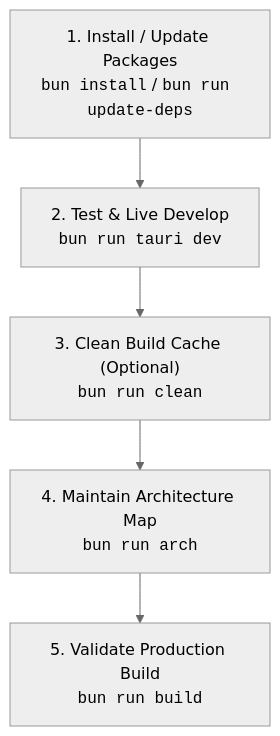
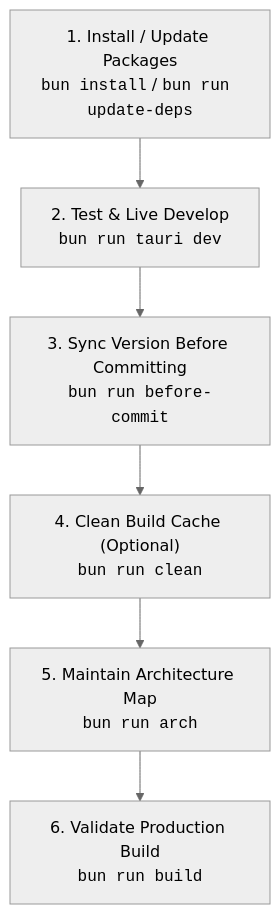
One commit to NairoDorian/Minimalistic_App changed the diagram in README.md. Above: the diagram before and after it, drawn with Mermaid (neutral theme). The commit also changed other lines of this file and 18 other files, not shown here.

First line of the commit message:
feat(v0.8.1): deep audit rounds 6 & 7 — single-source version sync, settings persistence fix, ARIA tab navigation, ubuntu-24.04 CI

````diff
--- a/README.md
+++ b/README.md
@@ -25,7 +25,8 @@
 ```mermaid
 graph TD
     A["1. Install / Update Packages<br><code>bun install</code> / <code>bun run update-deps</code>"] --> B["2. Test & Live Develop<br><code>bun run tauri dev</code>"]
-    B --> C["3. Clean Build Cache (Optional)<br><code>bun run clean</code>"]
-    C --> D["4. Maintain Architecture Map<br><code>bun run arch</code>"]
-    D --> E["5. Validate Production Build<br><code>bun run build</code>"]
+    B --> C["3. Sync Version Before Committing<br><code>bun run before-commit</code>"]
+    C --> D["4. Clean Build Cache (Optional)<br><code>bun run clean</code>"]
+    D --> E["5. Maintain Architecture Map<br><code>bun run arch</code>"]
+    E --> F["6. Validate Production Build<br><code>bun run build</code>"]
 ```
````
